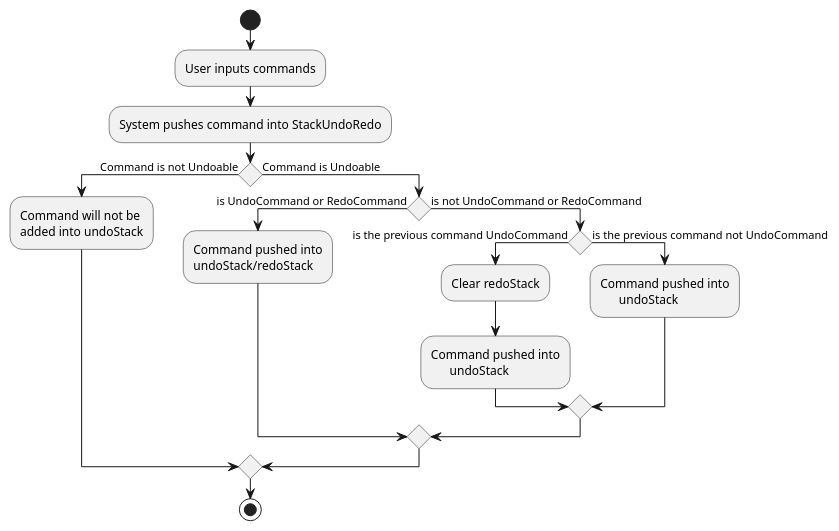
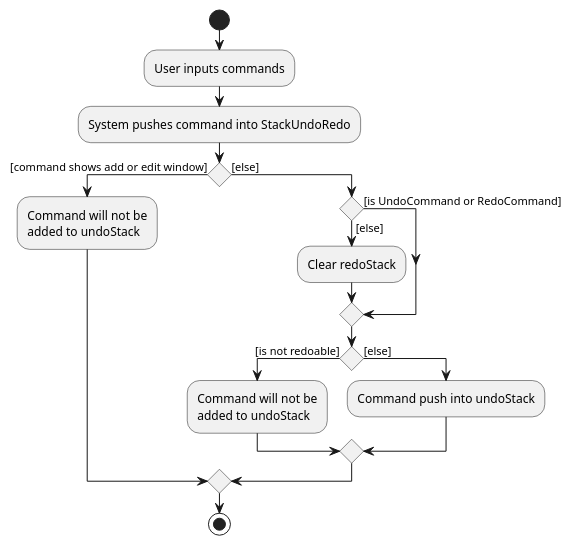
The diagram in docs/diagrams/UndoRedo1.puml (nus-cs2103-AY2122S2/tp), drawn with PlantUML before and after one commit. The commit also changed 7 other files, not shown here.

Commit message:
Fix code and diagrams

```diff
--- a/docs/diagrams/UndoRedo1.puml
+++ b/docs/diagrams/UndoRedo1.puml
@@ -1,26 +1,25 @@
 @startuml
 start
 :User inputs commands;
 :System pushes command into StackUndoRedo;
 
 
-if () then (Command is not Undoable)
+if () then ([command shows add or edit window])
     :Command will not be
-    added into undoStack;
-else (Command is Undoable)
-    if () then (is UndoCommand or RedoCommand)
-        :Command pushed into
-        undoStack/redoStack;
-    else (is not UndoCommand or RedoCommand)
-        if () then (is the previous command UndoCommand)
-            :Clear redoStack;
-            :Command pushed into
-                  undoStack;
-        else (is the previous command not UndoCommand)
-            :Command pushed into
-                  undoStack;
-        endif
+    added to undoStack;
+else ([else])
+    if () then ([else])
+        :Clear redoStack;
+    else ([is UndoCommand or RedoCommand])
+
+    endif
+
+    if () then ([is not redoable])
+        :Command will not be
+        added to undoStack;
+    else ([else])
+        :Command push into undoStack;
     endif
 endif
 stop
 @enduml
```
